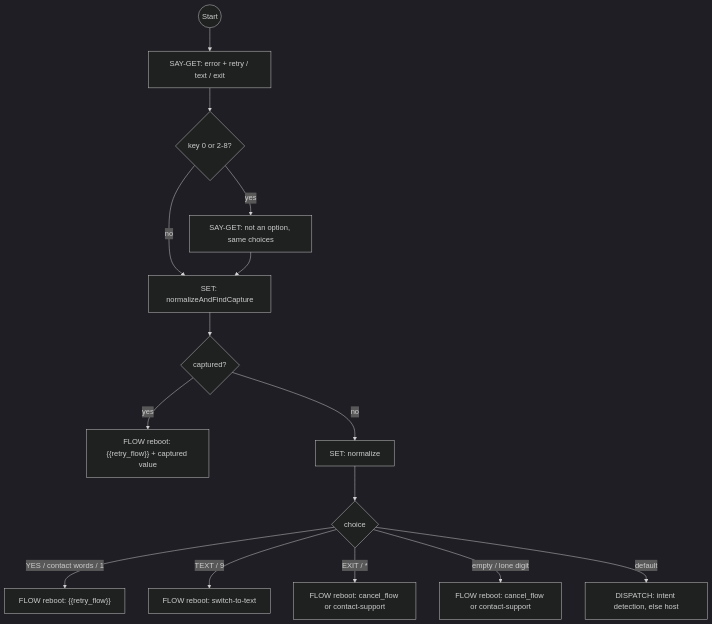
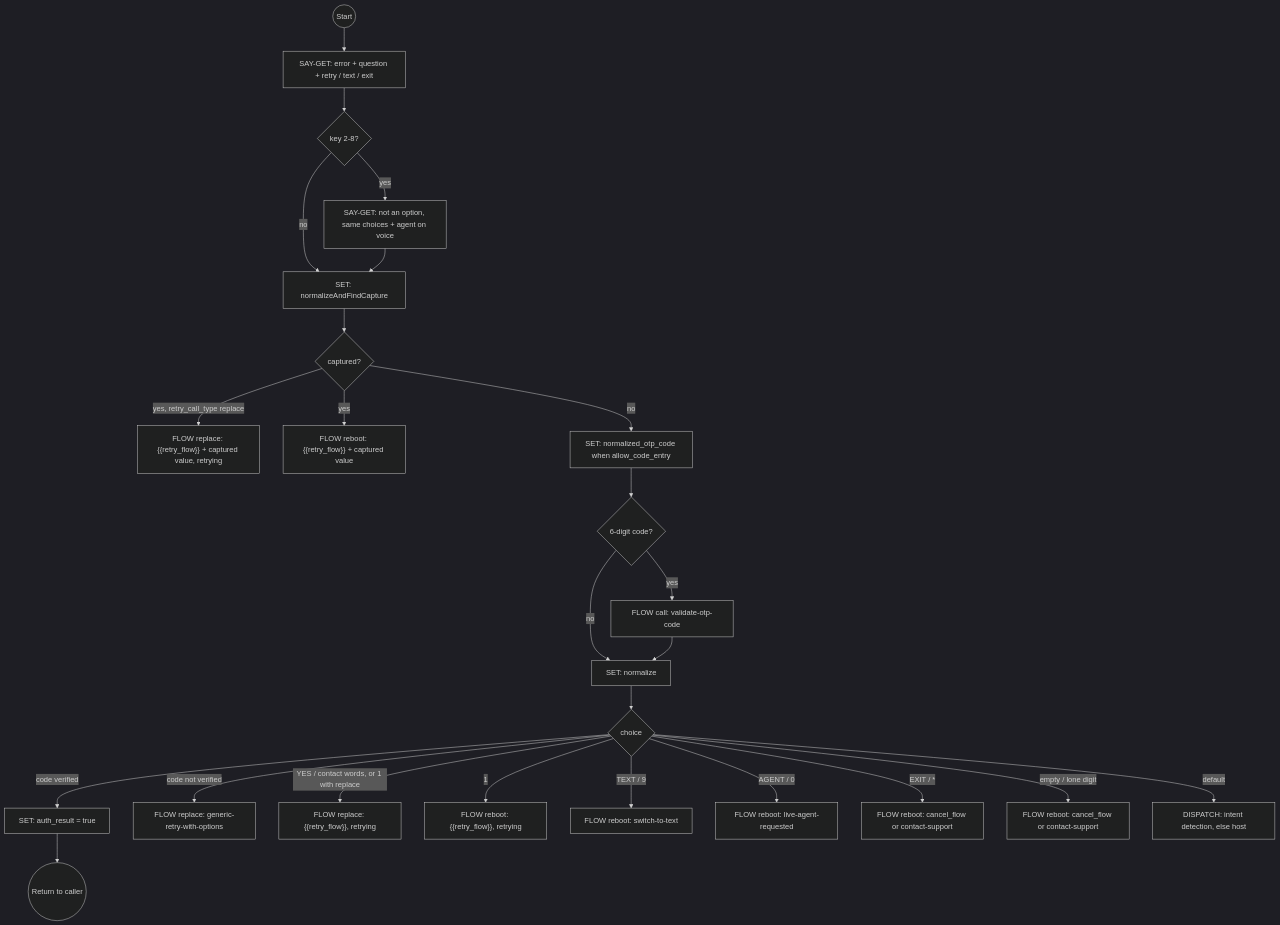
The tenth of 16 diagrams in docs/system-flows.md (ronpinkas/jsfe), drawn with Mermaid (dark theme) before and after one commit. The commit also changed other lines of this file and 1 other file, not shown here.

Commit message:
docs: system flows page for the single retry menu and cancel_flow at every exit

````diff
--- a/docs/system-flows.md
+++ b/docs/system-flows.md
@@ -523,17 +563,27 @@
 ```mermaid
 graph TD
-    start((Start)) --> say_error_and_prompt[SAY-GET: error + retry / text / exit]
-    say_error_and_prompt --> reprompt{key 0 or 2-8?}
-    reprompt -->|yes| say_not_an_option[SAY-GET: not an option, same choices]
+    start((Start)) --> say_error_and_prompt[SAY-GET: error + question + retry / text / exit]
+    say_error_and_prompt --> reprompt{key 2-8?}
+    reprompt -->|yes| say_not_an_option[SAY-GET: not an option, same choices + agent on voice]
     reprompt -->|no| check_smart_capture[SET: normalizeAndFindCapture]
     say_not_an_option --> check_smart_capture
     check_smart_capture --> handle_smart_capture{captured?}
+    handle_smart_capture -->|yes, retry_call_type replace| replace_with_captured_value["FLOW replace: {{retry_flow}} + captured value, retrying"]
     handle_smart_capture -->|yes| reboot_with_captured_value["FLOW reboot: {{retry_flow}} + captured value"]
-    handle_smart_capture -->|no| normalize_choice[SET: normalize]
+    handle_smart_capture -->|no| read_typed_code[SET: normalized_otp_code when allow_code_entry]
+    read_typed_code --> check_typed_code{6-digit code?}
+    check_typed_code -->|yes| validate_typed_code[FLOW call: validate-otp-code]
+    check_typed_code -->|no| normalize_choice[SET: normalize]
+    validate_typed_code --> normalize_choice
     normalize_choice --> handle_choice{choice}
-    handle_choice -->|YES / contact words / 1| do_retry["FLOW reboot: {{retry_flow}}"]
+    handle_choice -->|code verified| typed_code_verified[SET: auth_result = true]
+    handle_choice -->|code not verified| typed_code_wrong[FLOW replace: generic-retry-with-options]
+    handle_choice -->|YES / contact words, or 1 with replace| retry_in_place["FLOW replace: {{retry_flow}}, retrying"]
+    handle_choice -->|1| retry_from_start["FLOW reboot: {{retry_flow}}, retrying"]
     handle_choice -->|TEXT / 9| do_switch_text[FLOW reboot: switch-to-text]
+    handle_choice -->|AGENT / 0| do_agent[FLOW reboot: live-agent-requested]
     handle_choice -->|EXIT / *| do_abort["FLOW reboot: cancel_flow or contact-support"]
     handle_choice -->|empty / lone digit| do_cancel_no_intent["FLOW reboot: cancel_flow or contact-support"]
     handle_choice -->|default| dispatch_unrecognised["DISPATCH: intent detection, else host"]
+    typed_code_verified --> stop((Return to caller))
 ```
````
